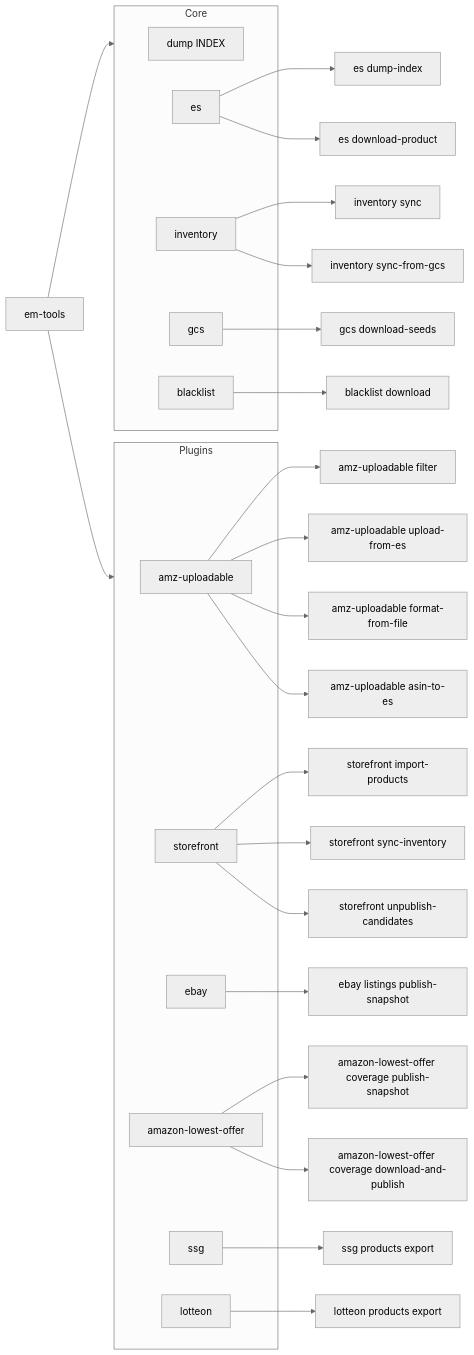
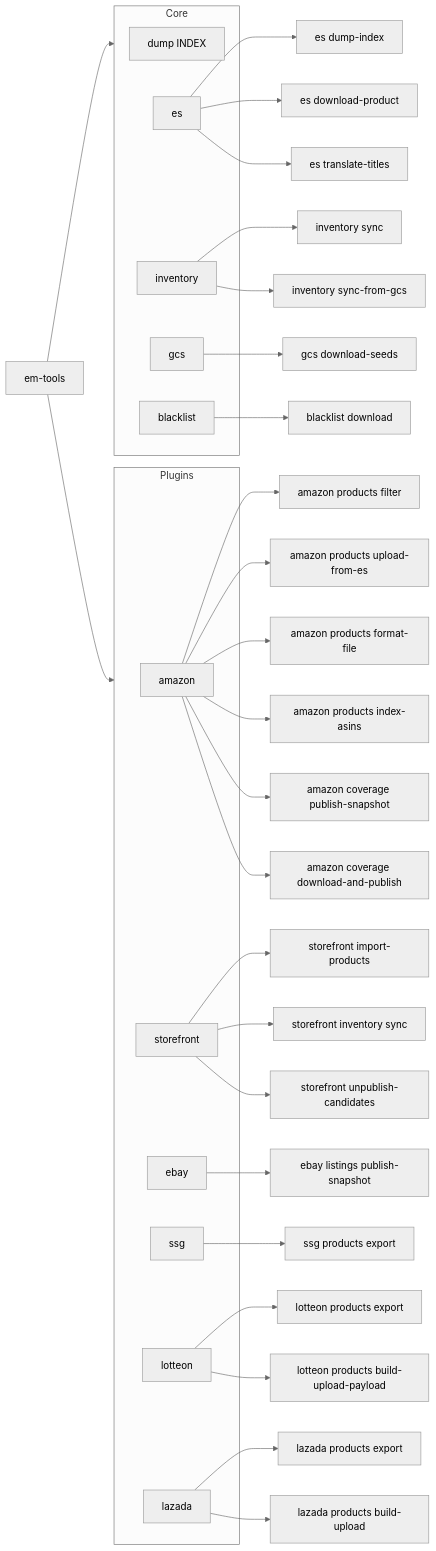
Before and after one commit to AriseshineSky/em-tools: the diagram in docs/CLI.md, drawn with Mermaid (neutral theme). The commit also changed other lines of this file and 184 other files, not shown here.

````diff
--- a/docs/CLI.md
+++ b/docs/CLI.md
@@ -37,42 +37,46 @@
 ```mermaid
 flowchart LR
     Root[em-tools] --> Core
     Root --> Plugins
 
     subgraph Core
         Dump[dump INDEX]
         Es[es]
         Inv[inventory]
         Gcs[gcs]
         Bl[blacklist]
     end
 
     Es --> EsDump[es dump-index]
     Es --> EsDl[es download-product]
+    Es --> EsTr[es translate-titles]
     Inv --> InvSync[inventory sync]
     Inv --> InvSyncOne[inventory sync-from-gcs]
     Gcs --> GcsSeeds[gcs download-seeds]
     Bl --> BlDl[blacklist download]
 
     subgraph Plugins
-        Amz[amz-uploadable]
+        Amz[amazon]
         Sf[storefront]
         Ebay[ebay]
-        Alo[amazon-lowest-offer]
         Ssg[ssg]
         Lot[lotteon]
+        Laz[lazada]
     end
 
-    Amz --> AmzF[amz-uploadable filter]
-    Amz --> AmzU[amz-uploadable upload-from-es]
-    Amz --> AmzFmt[amz-uploadable format-from-file]
-    Amz --> AmzA[amz-uploadable asin-to-es]
+    Amz --> AmzF[amazon products filter]
+    Amz --> AmzU[amazon products upload-from-es]
+    Amz --> AmzFmt[amazon products format-file]
+    Amz --> AmzA[amazon products index-asins]
     Sf --> SfImp[storefront import-products]
-    Sf --> SfSync[storefront sync-inventory]
+    Sf --> SfSync[storefront inventory sync]
     Sf --> SfUnp[storefront unpublish-candidates]
     Ebay --> EbayPub[ebay listings publish-snapshot]
-    Alo --> AloPub[amazon-lowest-offer coverage publish-snapshot]
-    Alo --> AloDl[amazon-lowest-offer coverage download-and-publish]
+    Amz --> AloPub[amazon coverage publish-snapshot]
+    Amz --> AloDl[amazon coverage download-and-publish]
     Ssg --> SsgEx[ssg products export]
     Lot --> LotEx[lotteon products export]
+    Lot --> LotUp[lotteon products build-upload-payload]
+    Laz --> LazEx[lazada products export]
+    Laz --> LazBu[lazada products build-upload]
 ```
````
